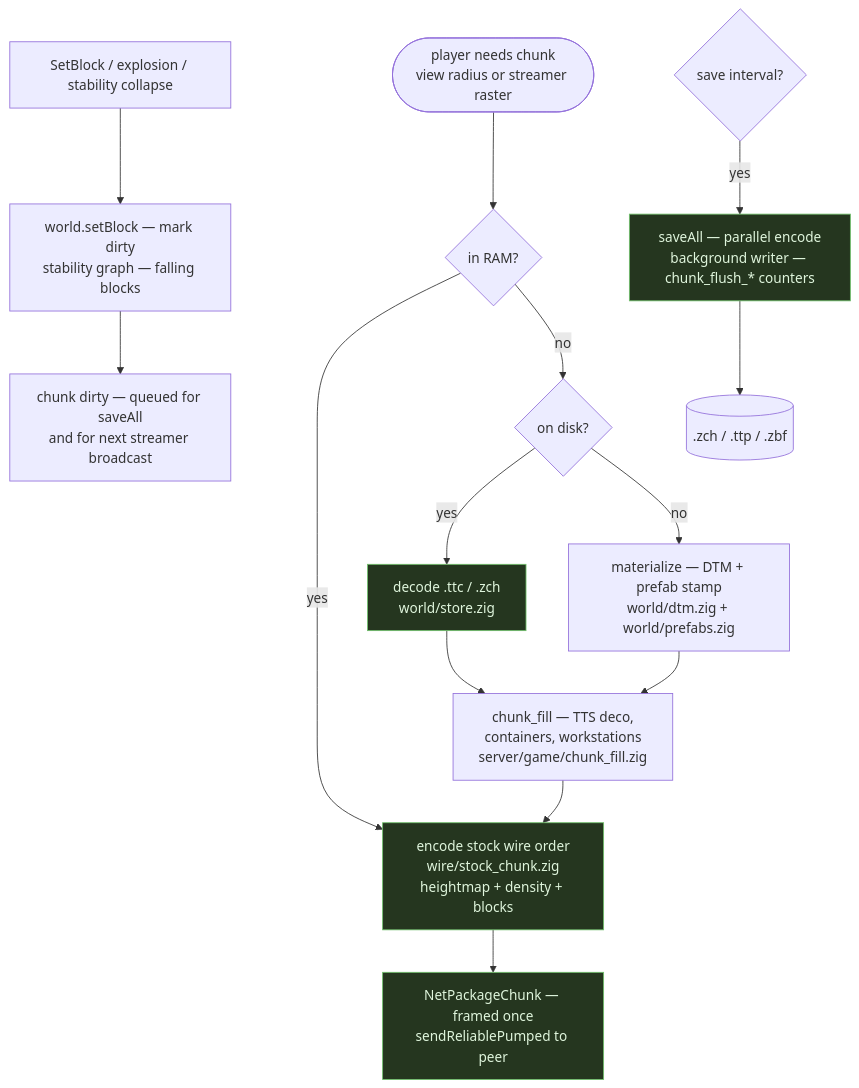
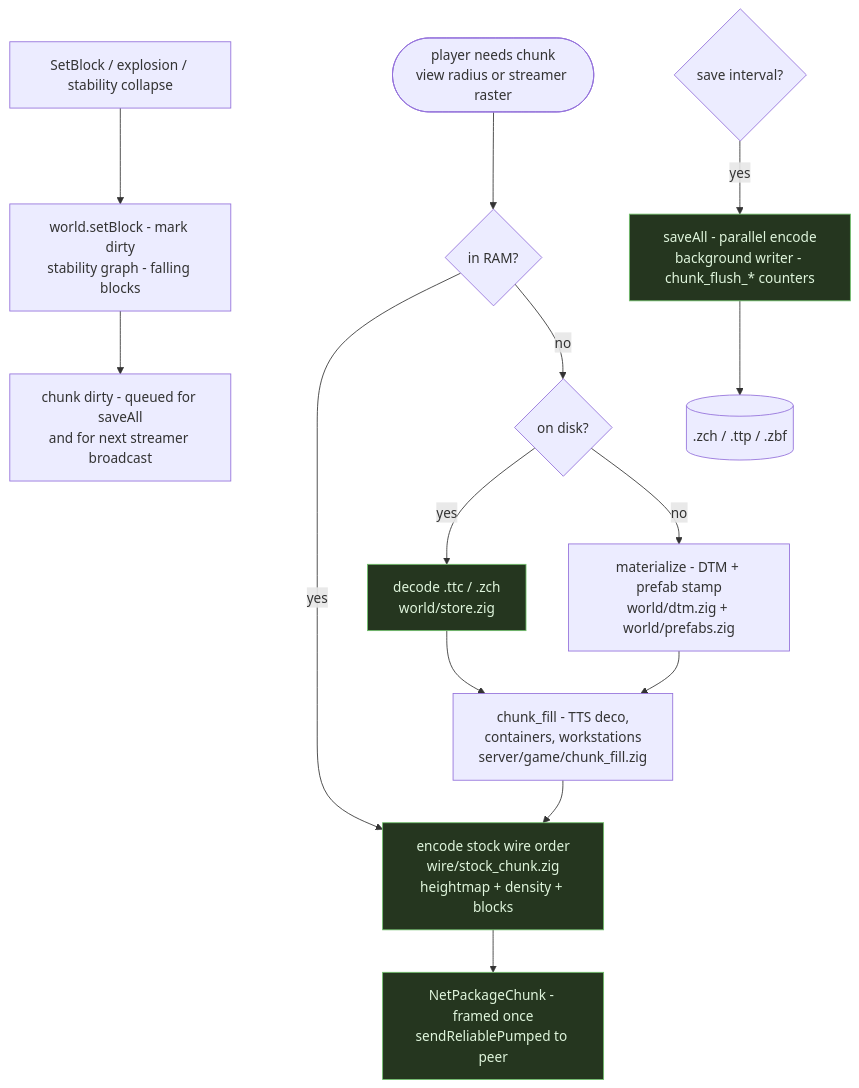
Diagram 11 of 19 in docs/ARCHITECTURE.md (hordeforge/zdtd-server), drawn with Mermaid before and after one commit. The commit also changed other lines of this file and 118 other files, not shown here.

````diff
--- a/docs/ARCHITECTURE.md
+++ b/docs/ARCHITECTURE.md
@@ -466,21 +466,21 @@
 ```mermaid
 flowchart TB
     REQ([player needs chunk<br/>view radius or streamer raster]) --> HIT{in RAM?}
     HIT -- yes --> ENC[encode stock wire order<br/>wire/stock_chunk.zig<br/>heightmap + density + blocks]
     HIT -- no --> LOAD{on disk?}
     LOAD -- yes --> DECODE[decode .ttc / .zch<br/>world/store.zig]
-    LOAD -- no --> GEN[materialize — DTM + prefab stamp<br/>world/dtm.zig + world/prefabs.zig]
-    DECODE --> FILL[chunk_fill — TTS deco,<br/>containers, workstations<br/>server/game/chunk_fill.zig]
+    LOAD -- no --> GEN[materialize - DTM + prefab stamp<br/>world/dtm.zig + world/prefabs.zig]
+    DECODE --> FILL[chunk_fill - TTS deco,<br/>containers, workstations<br/>server/game/chunk_fill.zig]
     GEN --> FILL
     FILL --> ENC
-    ENC --> SEND[NetPackageChunk — framed once<br/>sendReliablePumped to peer]
+    ENC --> SEND[NetPackageChunk - framed once<br/>sendReliablePumped to peer]
 
-    EDIT[SetBlock / explosion / stability collapse] --> MUTATE[world.setBlock — mark dirty<br/>stability graph — falling blocks]
-    MUTATE --> DIRTY[chunk dirty — queued for saveAll<br/>and for next streamer broadcast]
+    EDIT[SetBlock / explosion / stability collapse] --> MUTATE[world.setBlock - mark dirty<br/>stability graph - falling blocks]
+    MUTATE --> DIRTY[chunk dirty - queued for saveAll<br/>and for next streamer broadcast]
 
-    SAVE_TICK{save interval?} -- yes --> FLUSH[saveAll — parallel encode<br/>background writer — chunk_flush_* counters]
+    SAVE_TICK{save interval?} -- yes --> FLUSH[saveAll - parallel encode<br/>background writer - chunk_flush_* counters]
     FLUSH --> DISK[(.zch / .ttp / .zbf)]
 
     classDef io fill:#25361f,stroke:#6fbf6a,color:#dff5dc
     class ENC,SEND,DECODE,FLUSH io
 ```
````
